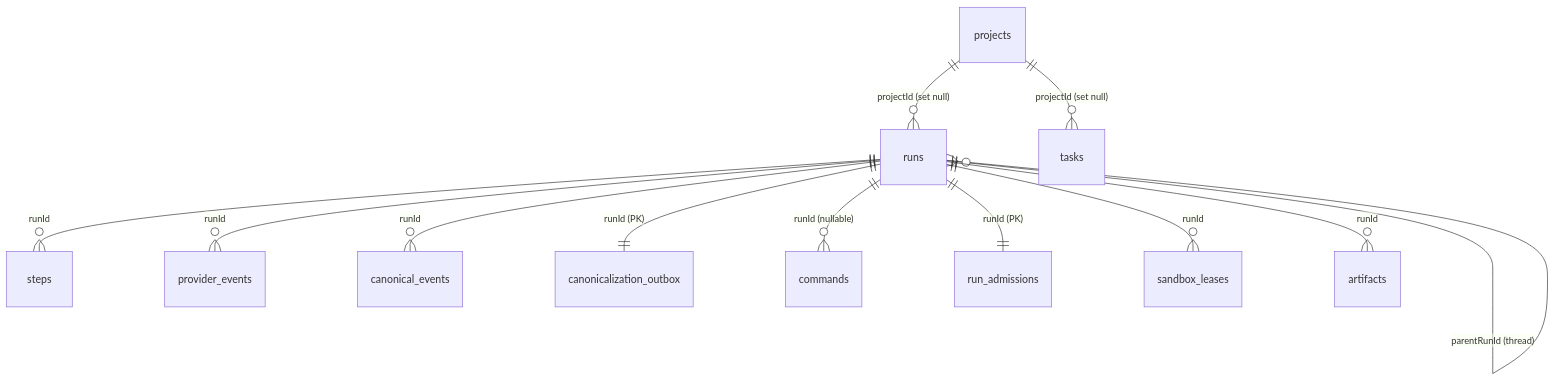
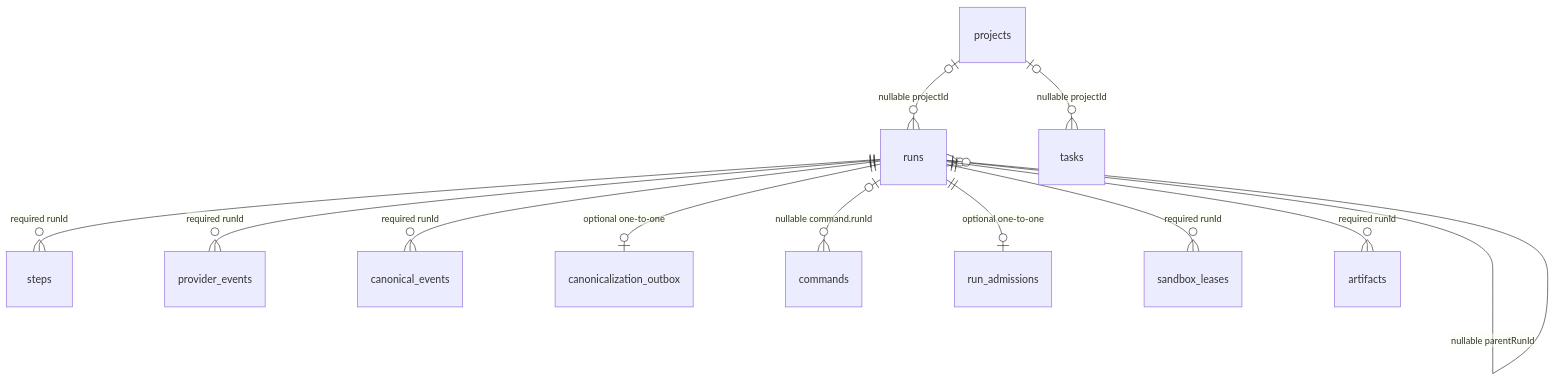
The sixth of 7 diagrams in docs/architecture/architecture-graph.md (useagenthq/useagent), drawn with Mermaid before and after one commit. The commit also changed other lines of this file and 1 other file, not shown here.

Commit message:
docs: correct architecture sweep evidence

````diff
--- a/docs/architecture/architecture-graph.md
+++ b/docs/architecture/architecture-graph.md
@@ -160,14 +160,14 @@
 ```mermaid
 erDiagram
-  runs ||--o{ steps : "runId"
-  runs ||--o{ provider_events : "runId"
-  runs ||--o{ canonical_events : "runId"
-  runs ||--|| canonicalization_outbox : "runId (PK)"
-  runs ||--o{ commands : "runId (nullable)"
-  runs ||--|| run_admissions : "runId (PK)"
-  runs ||--o{ sandbox_leases : "runId"
-  runs ||--o{ runs : "parentRunId (thread)"
-  projects ||--o{ runs : "projectId (set null)"
-  projects ||--o{ tasks : "projectId (set null)"
-  runs ||--o{ artifacts : "runId"
+  runs ||--o{ steps : "required runId"
+  runs ||--o{ provider_events : "required runId"
+  runs ||--o{ canonical_events : "required runId"
+  runs ||--o| canonicalization_outbox : "optional one-to-one"
+  runs o|--o{ commands : "nullable command.runId"
+  runs ||--o| run_admissions : "optional one-to-one"
+  runs ||--o{ sandbox_leases : "required runId"
+  runs o|--o{ runs : "nullable parentRunId"
+  projects o|--o{ runs : "nullable projectId"
+  projects o|--o{ tasks : "nullable projectId"
+  runs ||--o{ artifacts : "required runId"
 ```
````
